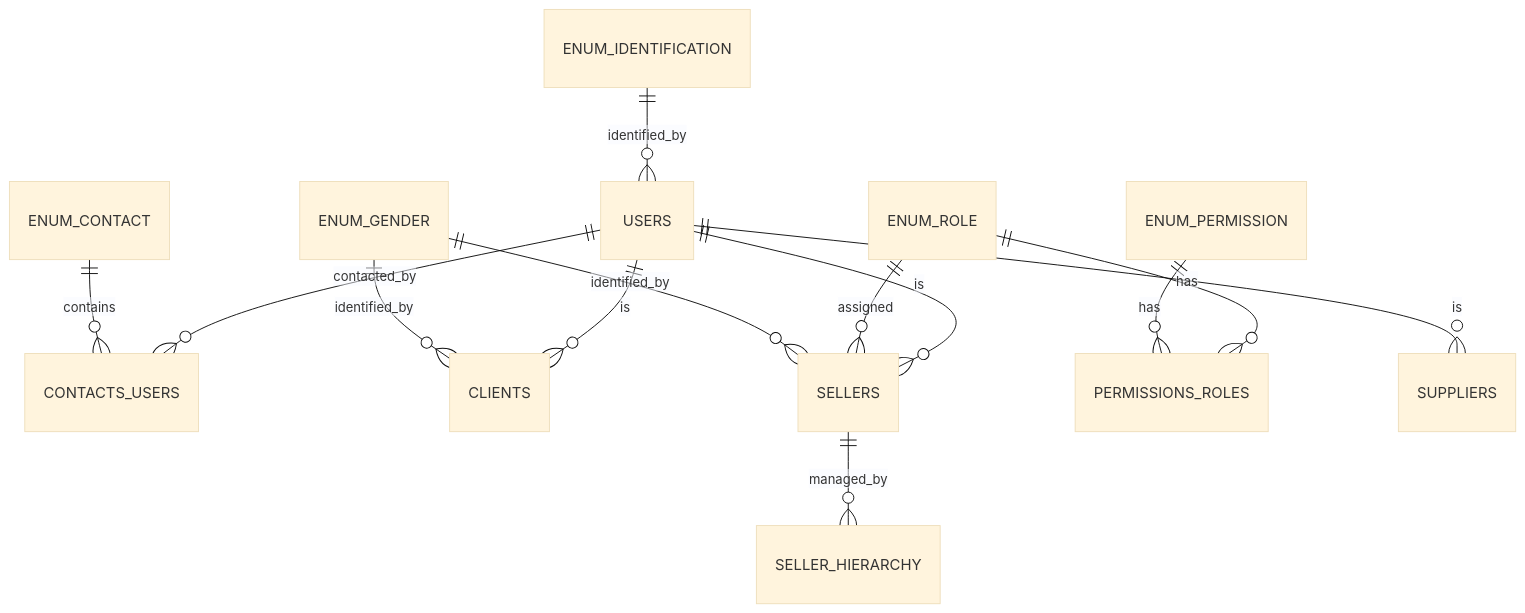
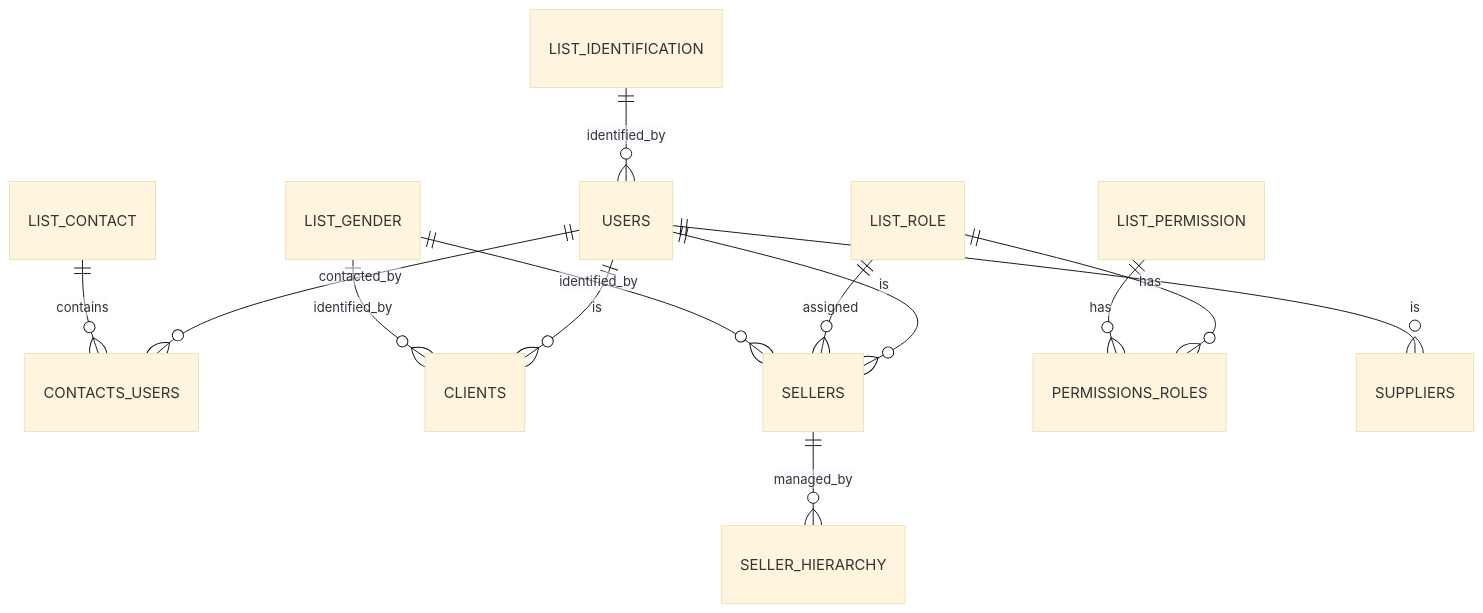
One commit to Robin-3/Sistema-POS changed the diagram in README.md. Above: the diagram before and after it, drawn with Mermaid (base theme). The commit also changed other lines of this file and 28 other files, not shown here.

````diff
--- a/README.md
+++ b/README.md
@@ -38,17 +73,17 @@
 ```mermaid
 erDiagram
-    ENUM_CONTACT ||--o{ CONTACTS_USERS : contains
-    ENUM_GENDER ||--o{ CLIENTS : identified_by
-    ENUM_GENDER ||--o{ SELLERS : identified_by
-    ENUM_IDENTIFICATION ||--o{ USERS : identified_by
-    ENUM_PERMISSION ||--o{ PERMISSIONS_ROLES : has
-    ENUM_ROLE ||--o{ SELLERS : assigned
-    ENUM_ROLE ||--o{ PERMISSIONS_ROLES : has
+    LIST_CONTACT ||--o{ CONTACTS_USERS : contains
+    LIST_GENDER ||--o{ CLIENTS : identified_by
+    LIST_GENDER ||--o{ SELLERS : identified_by
+    LIST_IDENTIFICATION ||--o{ USERS : identified_by
+    LIST_PERMISSION ||--o{ PERMISSIONS_ROLES : has
+    LIST_ROLE ||--o{ SELLERS : assigned
+    LIST_ROLE ||--o{ PERMISSIONS_ROLES : has
 
     USERS ||--o{ CLIENTS : is
     USERS ||--o{ SUPPLIERS : is
     USERS ||--o{ SELLERS : is
     USERS ||--o{ CONTACTS_USERS : contacted_by
 
     SELLERS ||--o{ SELLER_HIERARCHY : managed_by
 ```
````
